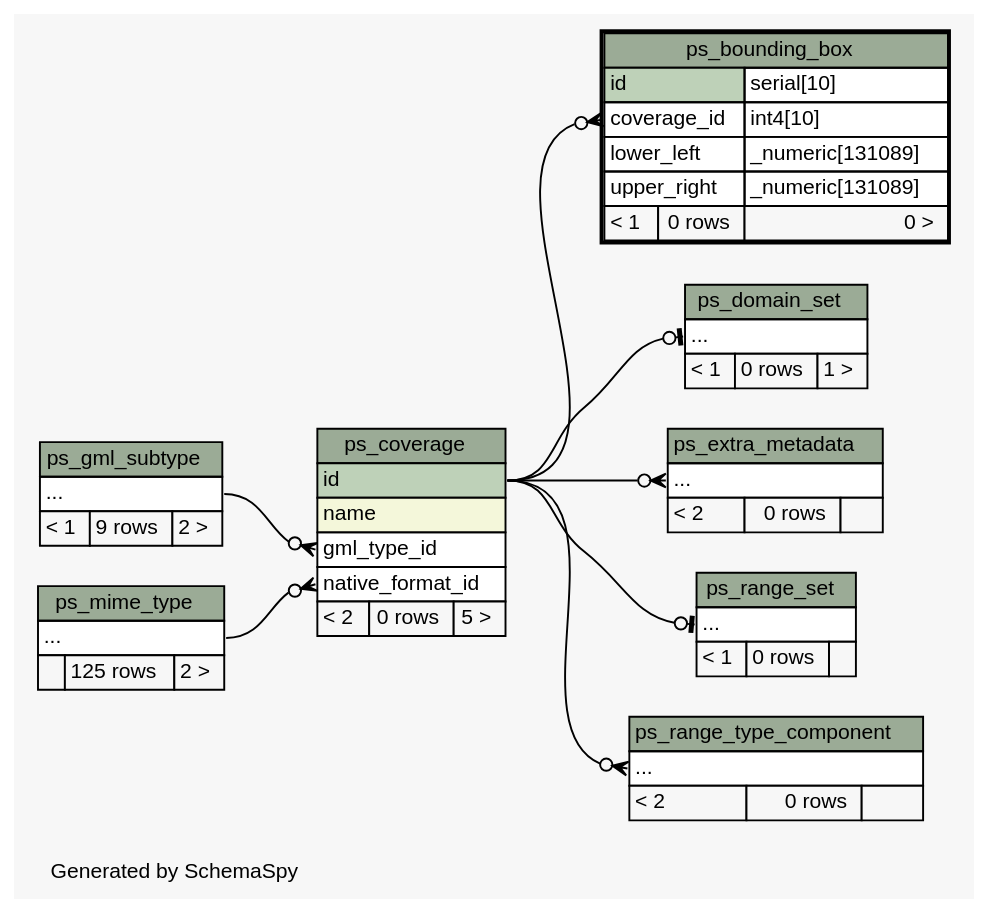
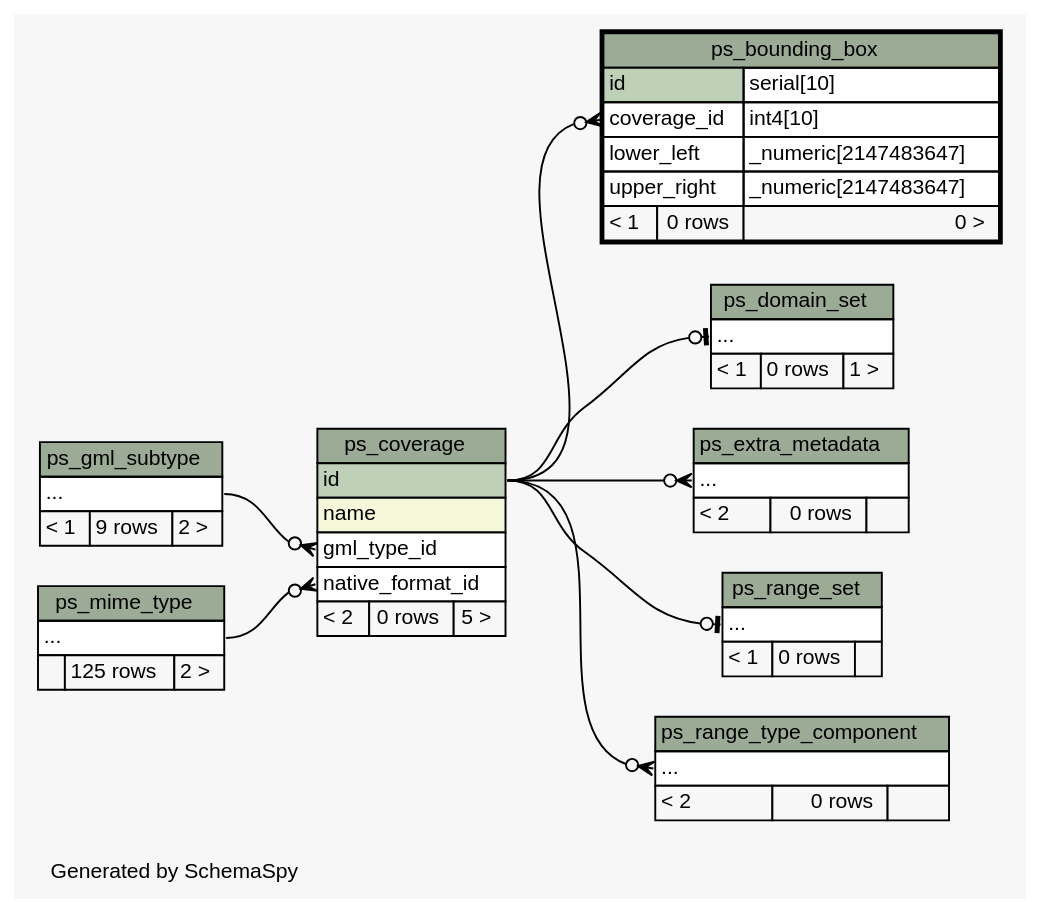
The diagram in manuals_and_examples/manuals/doc-petascope/dbschema/schema/diagrams/ps_bounding_box.2degrees.dot (kalxas/rasdaman), drawn with Graphviz before and after one commit. The commit also changed 85 other files, not shown here.

Commit message:
ticket:573 - Update SchemaSpy graphical database schema of petascopedb to include new table for NILs.

```diff
--- a/manuals_and_examples/manuals/doc-petascope/dbschema/schema/diagrams/ps_bounding_box.2degrees.dot
+++ b/manuals_and_examples/manuals/doc-petascope/dbschema/schema/diagrams/ps_bounding_box.2degrees.dot
@@ -1,115 +1,115 @@
 // dot 2.26.3 on Linux 3.2.0-58-generic
 // SchemaSpy rev 590
 digraph "twoDegreesRelationshipsDiagram" {
   graph [
     rankdir="RL"
     bgcolor="#f7f7f7"
     label="\nGenerated by SchemaSpy"
     labeljust="l"
     nodesep="0.18"
     ranksep="0.46"
     fontname="Helvetica"
     fontsize="11"
   ];
   node [
     fontname="Helvetica"
     fontsize="11"
     shape="plaintext"
   ];
   edge [
     arrowsize="0.8"
   ];
   "ps_bounding_box":"coverage_id":w -> "ps_coverage":"id":e [arrowhead=none dir=back arrowtail=crowodot];
   "ps_coverage":"gml_type_id":w -> "ps_gml_subtype":"elipses":e [arrowhead=none dir=back arrowtail=crowodot];
   "ps_coverage":"native_format_id":w -> "ps_mime_type":"elipses":e [arrowhead=none dir=back arrowtail=crowodot];
   "ps_domain_set":"elipses":w -> "ps_coverage":"id":e [arrowhead=none dir=back arrowtail=teeodot];
   "ps_extra_metadata":"elipses":w -> "ps_coverage":"id":e [arrowhead=none dir=back arrowtail=crowodot];
   "ps_range_set":"elipses":w -> "ps_coverage":"id":e [arrowhead=none dir=back arrowtail=teeodot];
   "ps_range_type_component":"elipses":w -> "ps_coverage":"id":e [arrowhead=none dir=back arrowtail=crowodot];
   "ps_bounding_box" [
     label=<
     <TABLE BORDER="2" CELLBORDER="1" CELLSPACING="0" BGCOLOR="#ffffff">
       <TR><TD COLSPAN="3" BGCOLOR="#9bab96" ALIGN="CENTER">ps_bounding_box</TD></TR>
       <TR><TD PORT="id" COLSPAN="2" BGCOLOR="#bed1b8" ALIGN="LEFT">id</TD><TD PORT="id.type" ALIGN="LEFT">serial[10]</TD></TR>
       <TR><TD PORT="coverage_id" COLSPAN="2" ALIGN="LEFT">coverage_id</TD><TD PORT="coverage_id.type" ALIGN="LEFT">int4[10]</TD></TR>
-      <TR><TD PORT="lower_left" COLSPAN="2" ALIGN="LEFT">lower_left</TD><TD PORT="lower_left.type" ALIGN="LEFT">_numeric[131089]</TD></TR>
-      <TR><TD PORT="upper_right" COLSPAN="2" ALIGN="LEFT">upper_right</TD><TD PORT="upper_right.type" ALIGN="LEFT">_numeric[131089]</TD></TR>
+      <TR><TD PORT="lower_left" COLSPAN="2" ALIGN="LEFT">lower_left</TD><TD PORT="lower_left.type" ALIGN="LEFT">_numeric[2147483647]</TD></TR>
+      <TR><TD PORT="upper_right" COLSPAN="2" ALIGN="LEFT">upper_right</TD><TD PORT="upper_right.type" ALIGN="LEFT">_numeric[2147483647]</TD></TR>
       <TR><TD ALIGN="LEFT" BGCOLOR="#f7f7f7">&lt; 1</TD><TD ALIGN="RIGHT" BGCOLOR="#f7f7f7">0 rows</TD><TD ALIGN="RIGHT" BGCOLOR="#f7f7f7">0 &gt;</TD></TR>
     </TABLE>>
     URL="ps_bounding_box.html"
     tooltip="ps_bounding_box"
   ];
   "ps_coverage" [
     label=<
     <TABLE BORDER="0" CELLBORDER="1" CELLSPACING="0" BGCOLOR="#ffffff">
       <TR><TD COLSPAN="3" BGCOLOR="#9bab96" ALIGN="CENTER">ps_coverage</TD></TR>
       <TR><TD PORT="id" COLSPAN="3" BGCOLOR="#bed1b8" ALIGN="LEFT">id</TD></TR>
       <TR><TD PORT="name" COLSPAN="3" BGCOLOR="#f4f7da" ALIGN="LEFT">name</TD></TR>
       <TR><TD PORT="gml_type_id" COLSPAN="3" ALIGN="LEFT">gml_type_id</TD></TR>
       <TR><TD PORT="native_format_id" COLSPAN="3" ALIGN="LEFT">native_format_id</TD></TR>
       <TR><TD ALIGN="LEFT" BGCOLOR="#f7f7f7">&lt; 2</TD><TD ALIGN="RIGHT" BGCOLOR="#f7f7f7">0 rows</TD><TD ALIGN="RIGHT" BGCOLOR="#f7f7f7">5 &gt;</TD></TR>
     </TABLE>>
     URL="ps_coverage.html"
     tooltip="ps_coverage"
   ];
   "ps_domain_set" [
     label=<
     <TABLE BORDER="0" CELLBORDER="1" CELLSPACING="0" BGCOLOR="#ffffff">
       <TR><TD COLSPAN="3" BGCOLOR="#9bab96" ALIGN="CENTER">ps_domain_set</TD></TR>
       <TR><TD PORT="elipses" COLSPAN="3" ALIGN="LEFT">...</TD></TR>
       <TR><TD ALIGN="LEFT" BGCOLOR="#f7f7f7">&lt; 1</TD><TD ALIGN="RIGHT" BGCOLOR="#f7f7f7">0 rows</TD><TD ALIGN="RIGHT" BGCOLOR="#f7f7f7">1 &gt;</TD></TR>
     </TABLE>>
     URL="ps_domain_set.html"
     tooltip="ps_domain_set"
   ];
   "ps_extra_metadata" [
     label=<
     <TABLE BORDER="0" CELLBORDER="1" CELLSPACING="0" BGCOLOR="#ffffff">
       <TR><TD COLSPAN="3" BGCOLOR="#9bab96" ALIGN="CENTER">ps_extra_metadata</TD></TR>
       <TR><TD PORT="elipses" COLSPAN="3" ALIGN="LEFT">...</TD></TR>
       <TR><TD ALIGN="LEFT" BGCOLOR="#f7f7f7">&lt; 2</TD><TD ALIGN="RIGHT" BGCOLOR="#f7f7f7">0 rows</TD><TD ALIGN="RIGHT" BGCOLOR="#f7f7f7">  </TD></TR>
     </TABLE>>
     URL="ps_extra_metadata.html"
     tooltip="ps_extra_metadata"
   ];
   "ps_gml_subtype" [
     label=<
     <TABLE BORDER="0" CELLBORDER="1" CELLSPACING="0" BGCOLOR="#ffffff">
       <TR><TD COLSPAN="3" BGCOLOR="#9bab96" ALIGN="CENTER">ps_gml_subtype</TD></TR>
       <TR><TD PORT="elipses" COLSPAN="3" ALIGN="LEFT">...</TD></TR>
       <TR><TD ALIGN="LEFT" BGCOLOR="#f7f7f7">&lt; 1</TD><TD ALIGN="RIGHT" BGCOLOR="#f7f7f7">9 rows</TD><TD ALIGN="RIGHT" BGCOLOR="#f7f7f7">2 &gt;</TD></TR>
     </TABLE>>
     URL="ps_gml_subtype.html"
     tooltip="ps_gml_subtype"
   ];
   "ps_mime_type" [
     label=<
     <TABLE BORDER="0" CELLBORDER="1" CELLSPACING="0" BGCOLOR="#ffffff">
       <TR><TD COLSPAN="3" BGCOLOR="#9bab96" ALIGN="CENTER">ps_mime_type</TD></TR>
       <TR><TD PORT="elipses" COLSPAN="3" ALIGN="LEFT">...</TD></TR>
       <TR><TD ALIGN="LEFT" BGCOLOR="#f7f7f7">  </TD><TD ALIGN="RIGHT" BGCOLOR="#f7f7f7">125 rows</TD><TD ALIGN="RIGHT" BGCOLOR="#f7f7f7">2 &gt;</TD></TR>
     </TABLE>>
     URL="ps_mime_type.html"
     tooltip="ps_mime_type"
   ];
   "ps_range_set" [
     label=<
     <TABLE BORDER="0" CELLBORDER="1" CELLSPACING="0" BGCOLOR="#ffffff">
       <TR><TD COLSPAN="3" BGCOLOR="#9bab96" ALIGN="CENTER">ps_range_set</TD></TR>
       <TR><TD PORT="elipses" COLSPAN="3" ALIGN="LEFT">...</TD></TR>
       <TR><TD ALIGN="LEFT" BGCOLOR="#f7f7f7">&lt; 1</TD><TD ALIGN="RIGHT" BGCOLOR="#f7f7f7">0 rows</TD><TD ALIGN="RIGHT" BGCOLOR="#f7f7f7">  </TD></TR>
     </TABLE>>
     URL="ps_range_set.html"
     tooltip="ps_range_set"
   ];
   "ps_range_type_component" [
     label=<
     <TABLE BORDER="0" CELLBORDER="1" CELLSPACING="0" BGCOLOR="#ffffff">
       <TR><TD COLSPAN="3" BGCOLOR="#9bab96" ALIGN="CENTER">ps_range_type_component</TD></TR>
       <TR><TD PORT="elipses" COLSPAN="3" ALIGN="LEFT">...</TD></TR>
       <TR><TD ALIGN="LEFT" BGCOLOR="#f7f7f7">&lt; 2</TD><TD ALIGN="RIGHT" BGCOLOR="#f7f7f7">0 rows</TD><TD ALIGN="RIGHT" BGCOLOR="#f7f7f7">  </TD></TR>
     </TABLE>>
     URL="ps_range_type_component.html"
     tooltip="ps_range_type_component"
   ];
 }
```
